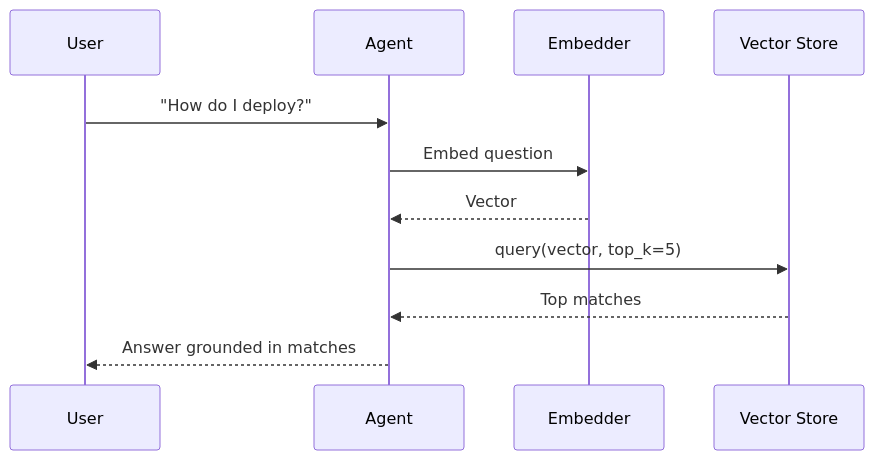
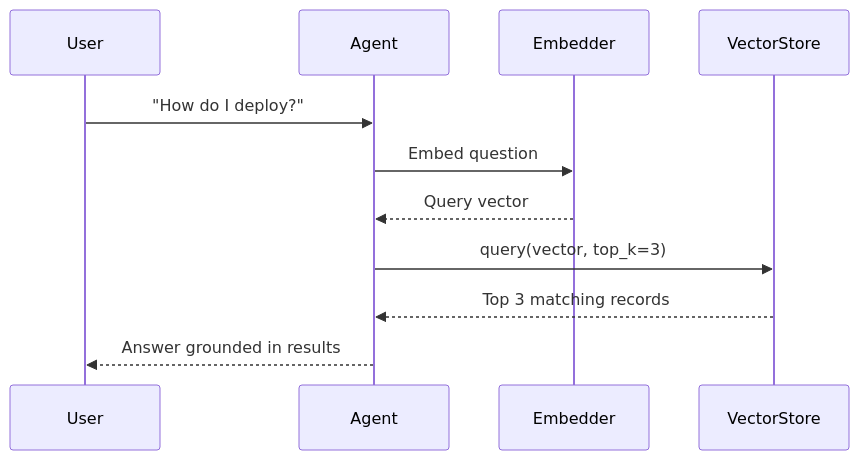
Before and after one commit to MervinPraison/PraisonAIDocs: the second of 4 diagrams in docs/features/vector-store.mdx, drawn with Mermaid. The commit also changed other lines of this file and 3 other files, not shown here.

First line of the commit message:
docs: add Vector Store feature page closing Python parity gap (fixes #933)

````diff
--- a/docs/features/vector-store.mdx
+++ b/docs/features/vector-store.mdx
@@ -92,14 +103,14 @@
 ```mermaid
 sequenceDiagram
     participant User
     participant Agent
-    participant Embed as Embedder
-    participant VS as Vector Store
+    participant Embedder
+    participant VectorStore
 
     User->>Agent: "How do I deploy?"
-    Agent->>Embed: Embed question
-    Embed-->>Agent: Vector
-    Agent->>VS: query(vector, top_k=5)
-    VS-->>Agent: Top matches
-    Agent-->>User: Answer grounded in matches
+    Agent->>Embedder: Embed question
+    Embedder-->>Agent: Query vector
+    Agent->>VectorStore: query(vector, top_k=3)
+    VectorStore-->>Agent: Top 3 matching records
+    Agent-->>User: Answer grounded in results
 ```
````
